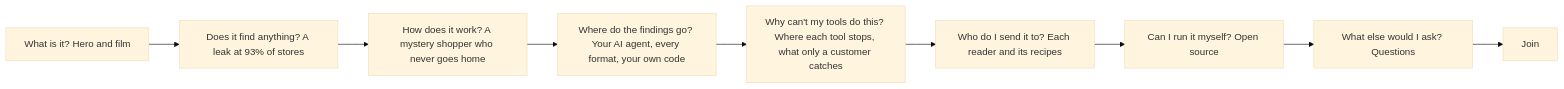
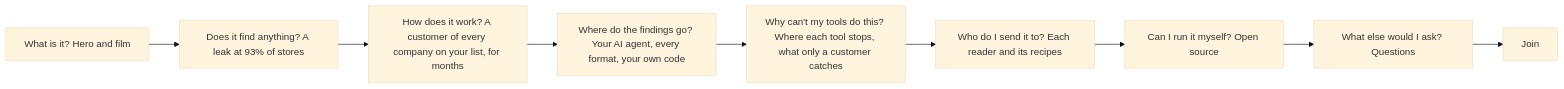
One commit to UseObsession/homepage changed the second of 2 diagrams in COPY.md. Above: the diagram before and after it, drawn with Mermaid (base theme). The commit also changed other lines of this file and 1 other file, not shown here.

First line of the commit message:
Home: a customer of every company on your list, and How it works files its findings

````diff
--- a/COPY.md
+++ b/COPY.md
@@ -163,10 +163,10 @@
 ```mermaid
 flowchart LR
   a["What is it? Hero and film"] --> b["Does it find anything? A leak at 93% of stores"]
-  b --> c["How does it work? A mystery shopper who never goes home"]
+  b --> c["How does it work? A customer of every company on your list, for months"]
   c --> c2["Where do the findings go? Your AI agent, every format, your own code"]
   c2 --> d["Why can't my tools do this? Where each tool stops, what only a customer catches"]
   d --> e["Who do I send it to? Each reader and its recipes"]
   e --> o["Can I run it myself? Open source"]
   o --> j["What else would I ask? Questions"] --> k["Join"]
 ```
````
